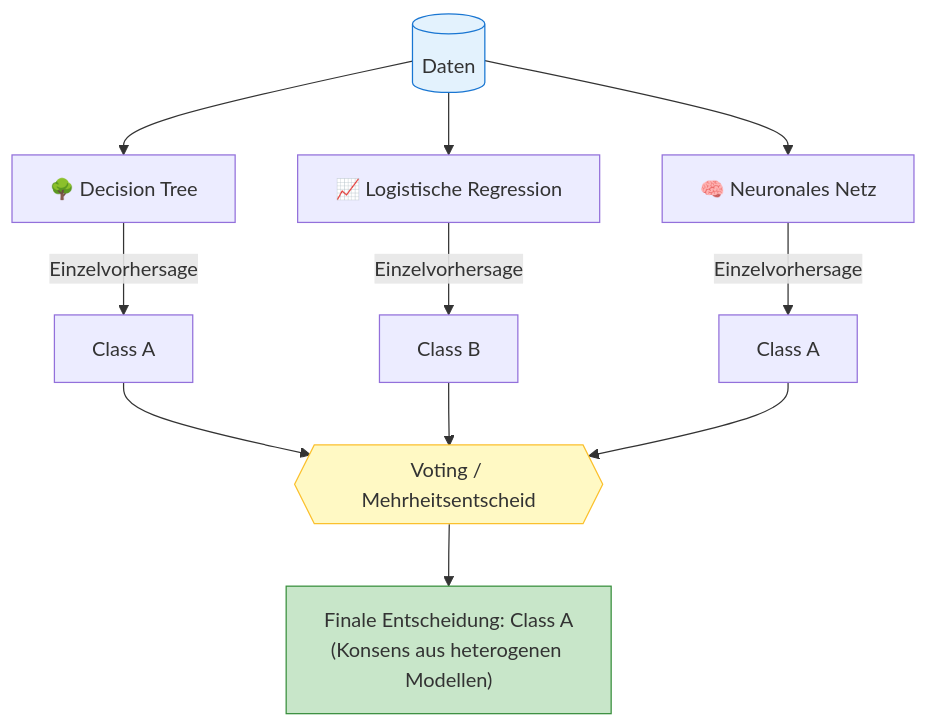
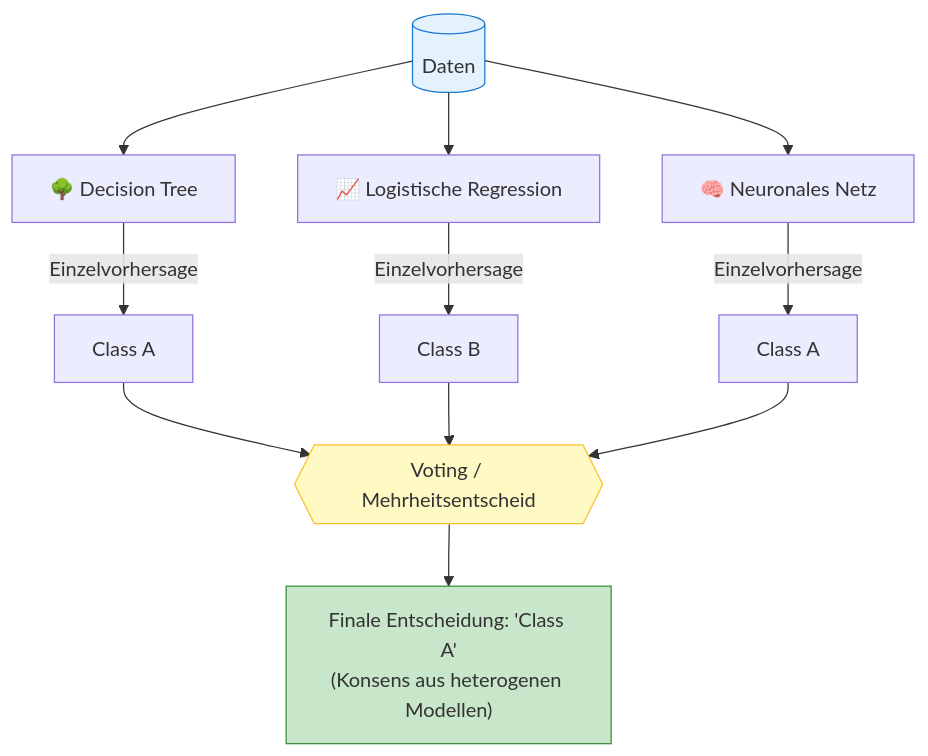
The second of 9 diagrams in docs/concepts/modeling/stacking.md (ralf-42/ML_Intro), drawn with Mermaid before and after one commit.

````diff
--- a/docs/concepts/modeling/stacking.md
+++ b/docs/concepts/modeling/stacking.md
@@ -64,21 +64,23 @@
 ```mermaid
 flowchart TD
-      D[("Daten")]
-      D --> M1["🌳 Decision Tree"]
-      D --> M2["📈 Logistische Regression"]
-      D --> M3["🧠 Neuronales Netz"]
 
-      M1 -- "Einzelvorhersage" --> P1["Class A"]
-      M2 -- "Einzelvorhersage" --> P2["Class B"]
-      M3 -- "Einzelvorhersage" --> P3["Class A"]
+D[("Daten")]
 
-      P1 --> V{{"Voting / Mehrheitsentscheid"}}
-      P2 --> V
-      P3 --> V
+D --> M1["🌳 Decision Tree"]
+D --> M2["📈 Logistische Regression"]
+D --> M3["🧠 Neuronales Netz"]
 
-      V --> FINAL["Finale Entscheidung: Class A<br>(Konsens aus heterogenen Modellen)"]
+M1 -- "Einzelvorhersage" --> P1["Class A"]
+M2 -- "Einzelvorhersage" --> P2["Class B"]
+M3 -- "Einzelvorhersage" --> P3["Class A"]
 
-      style D fill:#e3f2fd,stroke:#1976d2
-      style V fill:#fff9c4,stroke:#fbc02d
-      style FINAL fill:#c8e6c9,stroke:#388e3c
+P1 --> V{{"Voting / Mehrheitsentscheid"}}
+P2 --> V
+P3 --> V
+
+V --> FINAL["Finale Entscheidung: 'Class A'<br>(Konsens aus heterogenen Modellen)"]
+
+style D fill:#e3f2fd,stroke:#1976d2
+style V fill:#fff9c4,stroke:#fbc02d
+style FINAL fill:#c8e6c9,stroke:#388e3c
 ```
````
